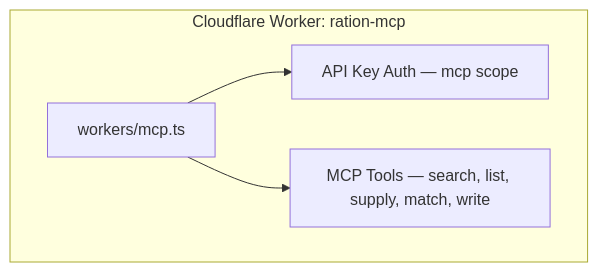
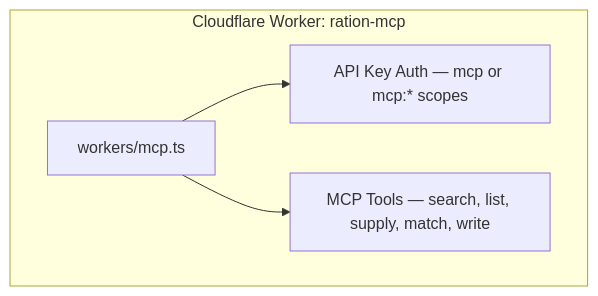
Before and after one commit to bjamesdowning/ration-mirror: the third of 21 diagrams in README.md, drawn with Mermaid. The commit also changed 7 other files, not shown here.

First line of the commit message:
feat: align API key creation with granular MCP scopes

````diff
--- a/README.md
+++ b/README.md
@@ -115,10 +115,10 @@
 ```mermaid
 flowchart TB
     subgraph McpWorker["Cloudflare Worker: ration-mcp"]
         McpHandler["workers/mcp.ts"]
-        McpAuth["API Key Auth — mcp scope"]
+        McpAuth["API Key Auth — mcp or mcp:* scopes"]
         McpTools["MCP Tools — search, list, supply, match, write"]
         McpHandler --> McpAuth
         McpHandler --> McpTools
     end
 ```
````
